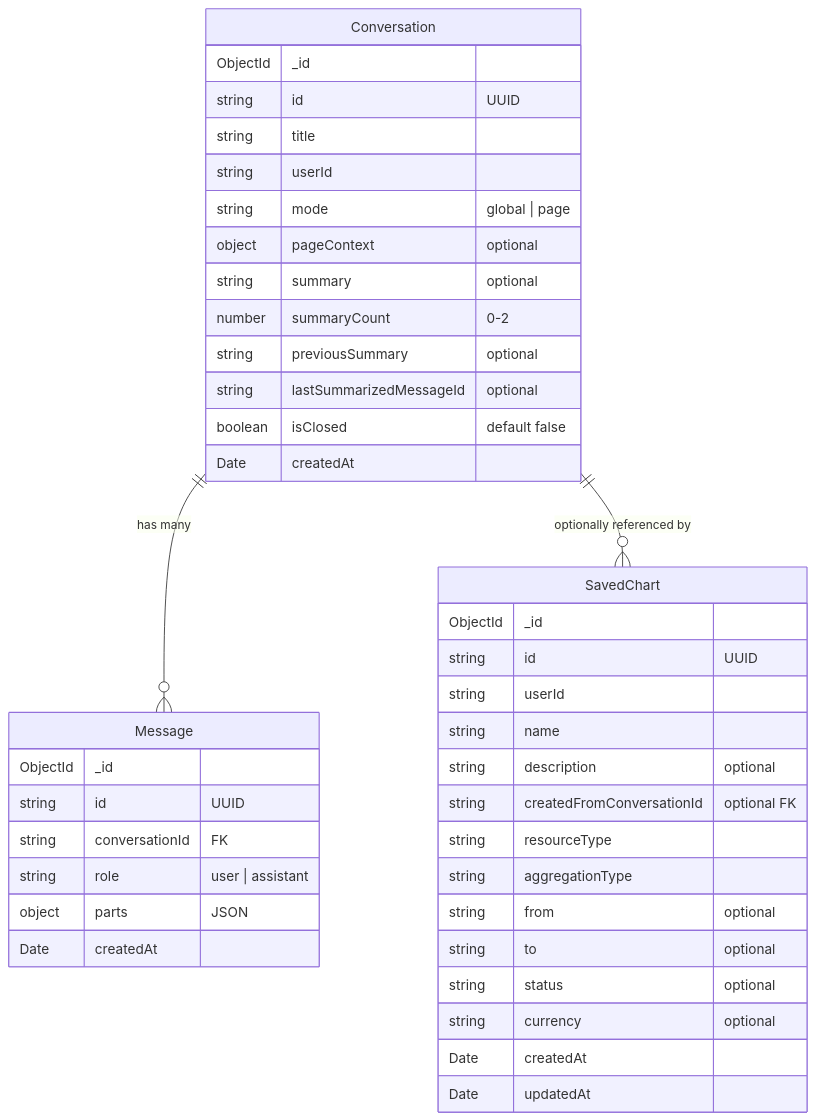
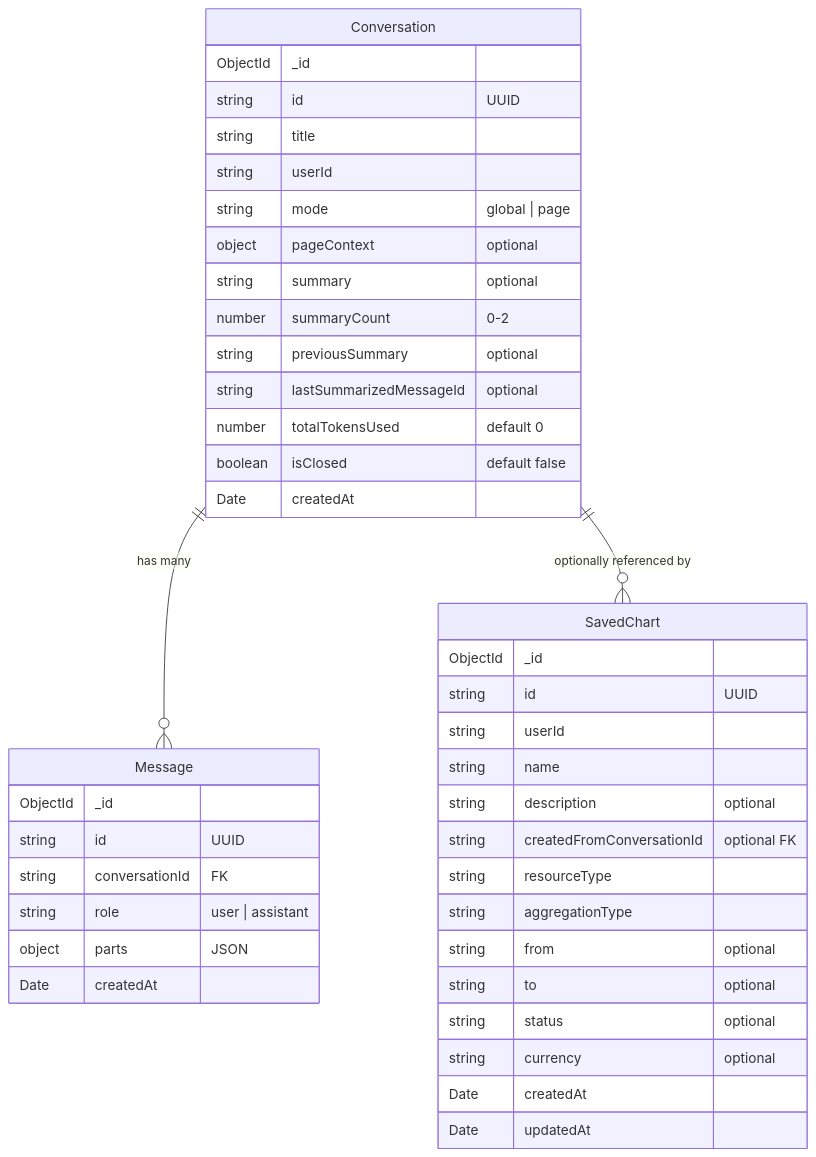
The diagram in docs/database.md (alex-paystack/command-centre-api), drawn with Mermaid before and after one commit. The commit also changed other lines of this file and 9 other files, not shown here.

````diff
--- a/docs/database.md
+++ b/docs/database.md
@@ -330,46 +332,47 @@
 ```mermaid
 erDiagram
     Conversation {
         ObjectId _id
         string id "UUID"
         string title
         string userId
         string mode "global | page"
         object pageContext "optional"
         string summary "optional"
         number summaryCount "0-2"
         string previousSummary "optional"
         string lastSummarizedMessageId "optional"
+        number totalTokensUsed "default 0"
         boolean isClosed "default false"
         Date createdAt
     }
 
     Message {
         ObjectId _id
         string id "UUID"
         string conversationId "FK"
         string role "user | assistant"
         object parts "JSON"
         Date createdAt
     }
 
     SavedChart {
         ObjectId _id
         string id "UUID"
         string userId
         string name
         string description "optional"
         string createdFromConversationId "optional FK"
         string resourceType
         string aggregationType
         string from "optional"
         string to "optional"
         string status "optional"
         string currency "optional"
         Date createdAt
         Date updatedAt
     }
 
     Conversation ||--o{ Message : "has many"
     Conversation ||--o{ SavedChart : "optionally referenced by"
 ```
````
